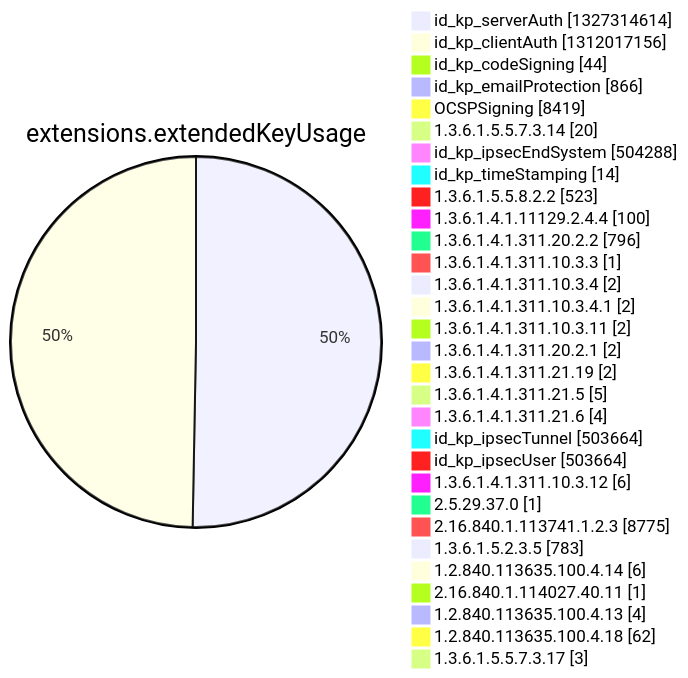
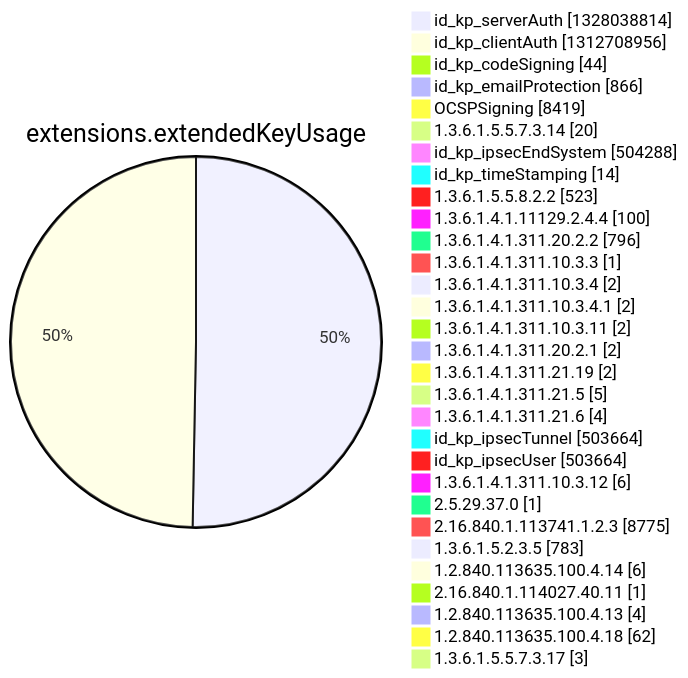
Before and after one commit to christiankrug/ctmonitor_visualization: diagram 12 of 15 in argon2022/README.md, drawn with Mermaid. The commit also changed other lines of this file, not shown here.

````diff
--- a/argon2022/README.md
+++ b/argon2022/README.md
@@ -3553,34 +3553,34 @@
 ```mermaid
 pie showData
 title extensions.extendedKeyUsage
-"id_kp_serverAuth" :1327314614
-"id_kp_clientAuth" :1312017156
+"id_kp_serverAuth" :1328038814
+"id_kp_clientAuth" :1312708956
 "id_kp_codeSigning" :44
 "id_kp_emailProtection" :866
 "OCSPSigning" :8419
 "1.3.6.1.5.5.7.3.14" :20
 "id_kp_ipsecEndSystem" :504288
 "id_kp_timeStamping" :14
 "1.3.6.1.5.5.8.2.2" :523
 "1.3.6.1.4.1.11129.2.4.4" :100
 "1.3.6.1.4.1.311.20.2.2" :796
 "1.3.6.1.4.1.311.10.3.3" :1
 "1.3.6.1.4.1.311.10.3.4" :2
 "1.3.6.1.4.1.311.10.3.4.1" :2
 "1.3.6.1.4.1.311.10.3.11" :2
 "1.3.6.1.4.1.311.20.2.1" :2
 "1.3.6.1.4.1.311.21.19" :2
 "1.3.6.1.4.1.311.21.5" :5
 "1.3.6.1.4.1.311.21.6" :4
 "id_kp_ipsecTunnel" :503664
 "id_kp_ipsecUser" :503664
 "1.3.6.1.4.1.311.10.3.12" :6
 "2.5.29.37.0" :1
 "2.16.840.1.113741.1.2.3" :8775
 "1.3.6.1.5.2.3.5" :783
 "1.2.840.113635.100.4.14" :6
 "2.16.840.1.114027.40.11" :1
 "1.2.840.113635.100.4.13" :4
 "1.2.840.113635.100.4.18" :62
 "1.3.6.1.5.5.7.3.17" :3
 ```
````
